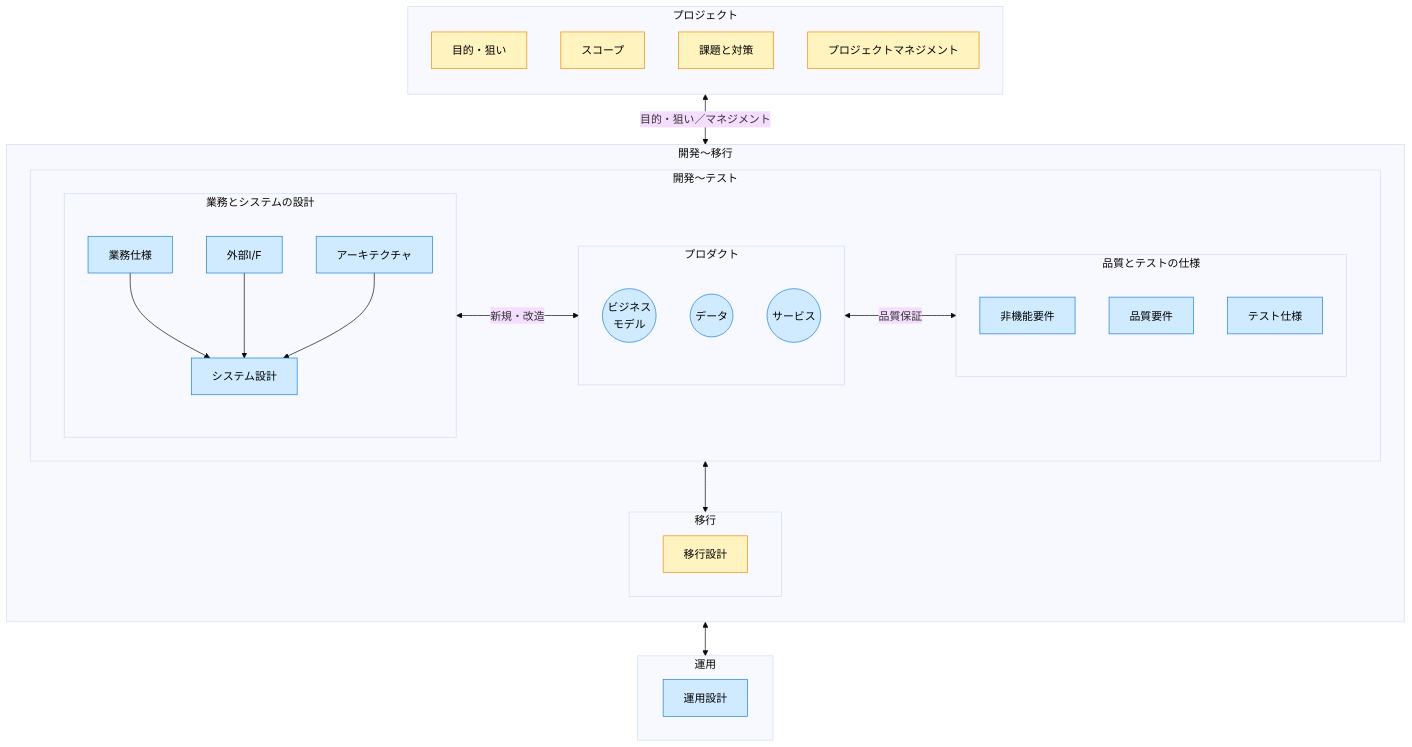
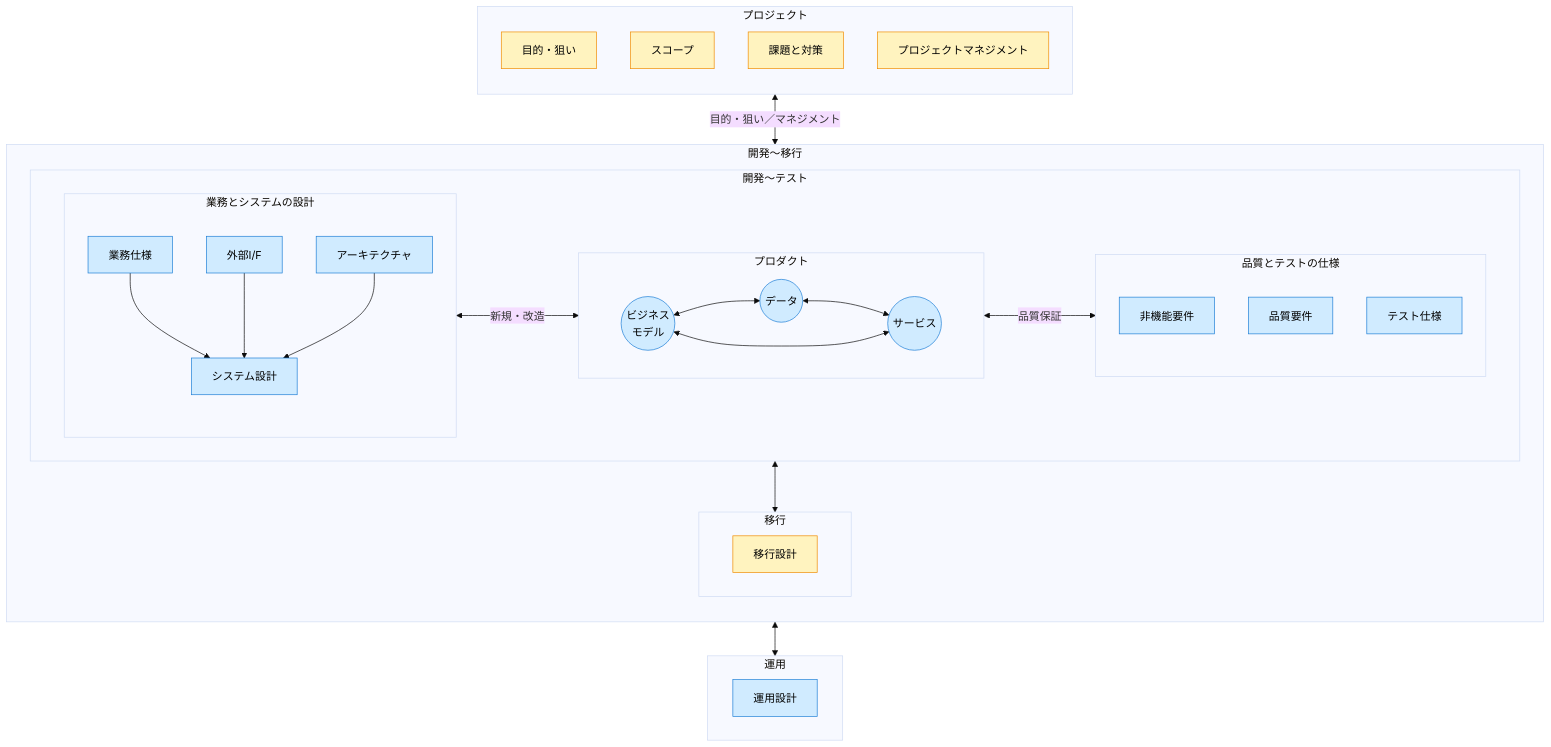
Before and after one commit to specdojo/spec-dojo-handbook: the second of 2 diagrams in docs/handbook/guidelines/docs-structure-gude.md, drawn with Mermaid (base theme).

Commit message:
docs(update): プロダクトの図を修正

````diff
--- a/docs/handbook/guidelines/docs-structure-gude.md
+++ b/docs/handbook/guidelines/docs-structure-gude.md
@@ -48,60 +48,62 @@
 ```mermaid
 flowchart TB
   subgraph Project[プロジェクト]
     direction TB
     OBJ[目的・狙い]
     SCP[スコープ]
     CS[課題と対策]
     PM[プロジェクトマネジメント]
   end
 
   subgraph D2M[開発〜移行]
     direction TB
     subgraph D2T[開発〜テスト]
       direction LR
       subgraph Product[プロダクト]
-      direction TB
+      direction LR
         BM((ビジネス<br>モデル))
         Data((データ))
         Srv((サービス))
+        BM<-->Data<-->Srv
+        BM<-->Srv
       end
 
       subgraph Development[業務とシステムの設計]
       direction TB
         BS[業務仕様]
         EI[外部I/F]
         SD[システム設計]
         ACH[アーキテクチャ]
         BS-->SD
         EI-->SD
         ACH-->SD
       end
 
       subgraph Quality[品質とテストの仕様]
       direction TB
         NFR[非機能要件]
         QTY[品質要件]
         TST[テスト仕様]
       end
 
 
       Development<-->|新規・改造|Product<-->|品質保証|Quality
     end
     subgraph Migration[移行]
       MYG[移行設計]
     end
     D2T<-->Migration
   end
 
   subgraph Operation[運用]
     OPS[運用設計]
   end
 
   Project <-->|目的・狙い／マネジメント| D2M <-->Operation
 
   classDef projectWise fill:#fff3bf,stroke:#f08c00,color:#000;
   classDef productSpec fill:#d0ebff,stroke:#1c7ed6,color:#000;
 
   class OBJ,SCP,CS,PM,MYG projectWise;
   class BS,EI,ACH,SD,NFR,QTY,TST,BM,Data,Srv,OPS productSpec;
 ```
````
